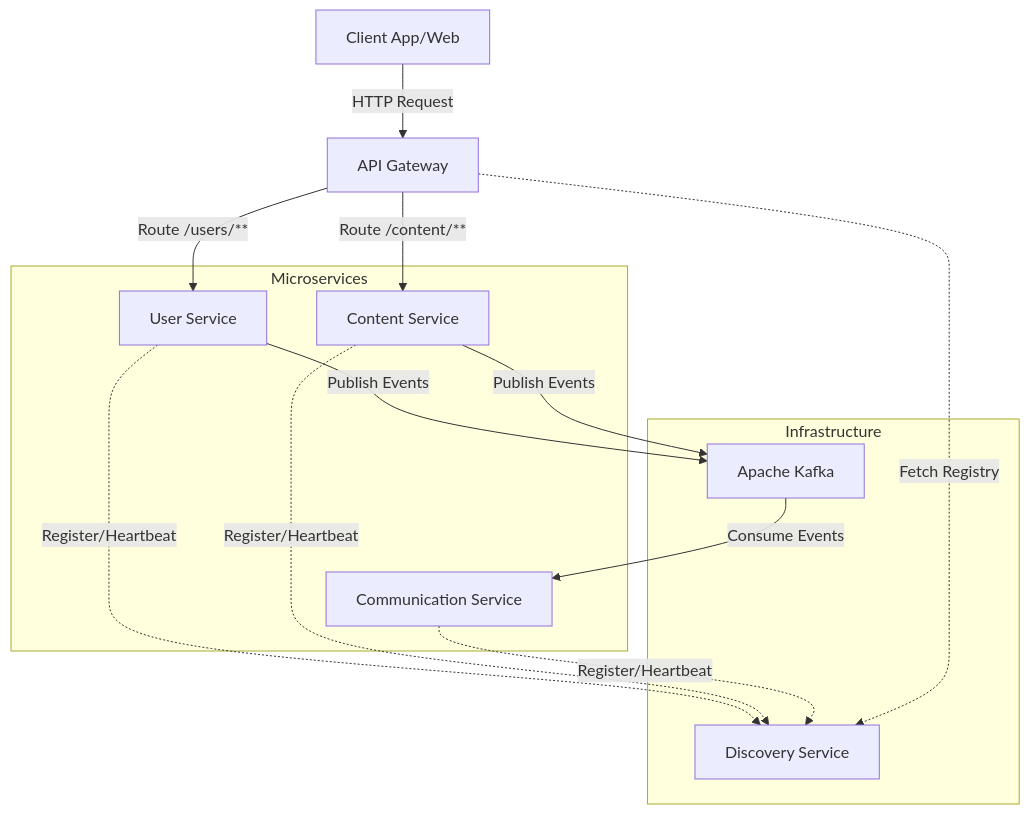
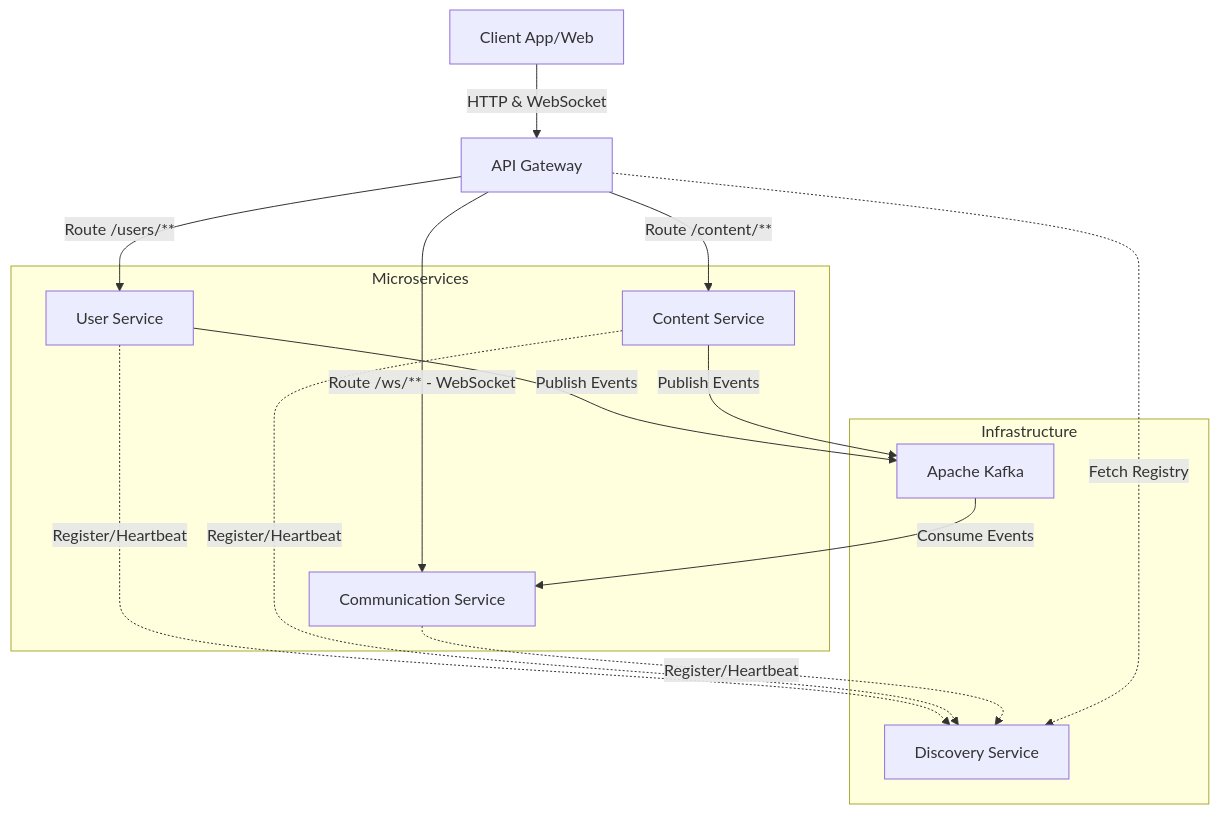
The first of 2 diagrams in README.md (byansanur/mentora-backend), drawn with Mermaid before and after one commit. The commit also changed other lines of this file, not shown here.

````diff
--- a/README.md
+++ b/README.md
@@ -13,27 +13,28 @@
 ```mermaid
 graph TD
-    Client[Client App/Web] -->|HTTP Request| Gateway[API Gateway]
+    Client[Client App/Web] -->|HTTP & WebSocket| Gateway[API Gateway]
     
     subgraph Infrastructure
         Discovery[Discovery Service]
         Kafka[Apache Kafka]
     end
     
     subgraph Microservices
         User[User Service]
         Content[Content Service]
         Comm[Communication Service]
     end
     
     Gateway -->|Route /users/**| User
     Gateway -->|Route /content/**| Content
+    Gateway -->|Route /ws/** - WebSocket| Comm
     
     User -.->|Register/Heartbeat| Discovery
     Content -.->|Register/Heartbeat| Discovery
     Comm -.->|Register/Heartbeat| Discovery
     Gateway -.->|Fetch Registry| Discovery
     
     User -->|Publish Events| Kafka
     Content -->|Publish Events| Kafka
     Kafka -->|Consume Events| Comm
 ```
````
